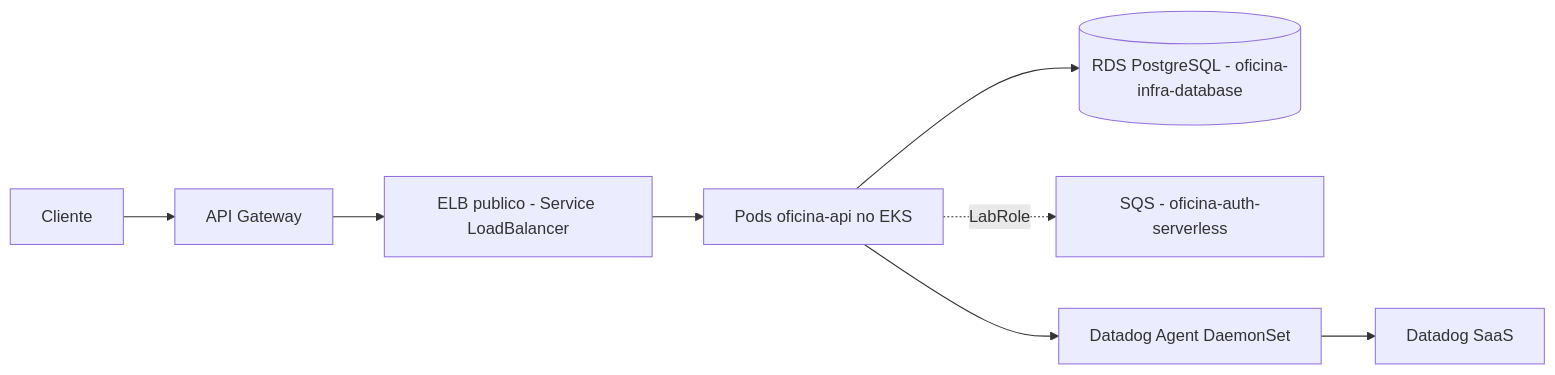
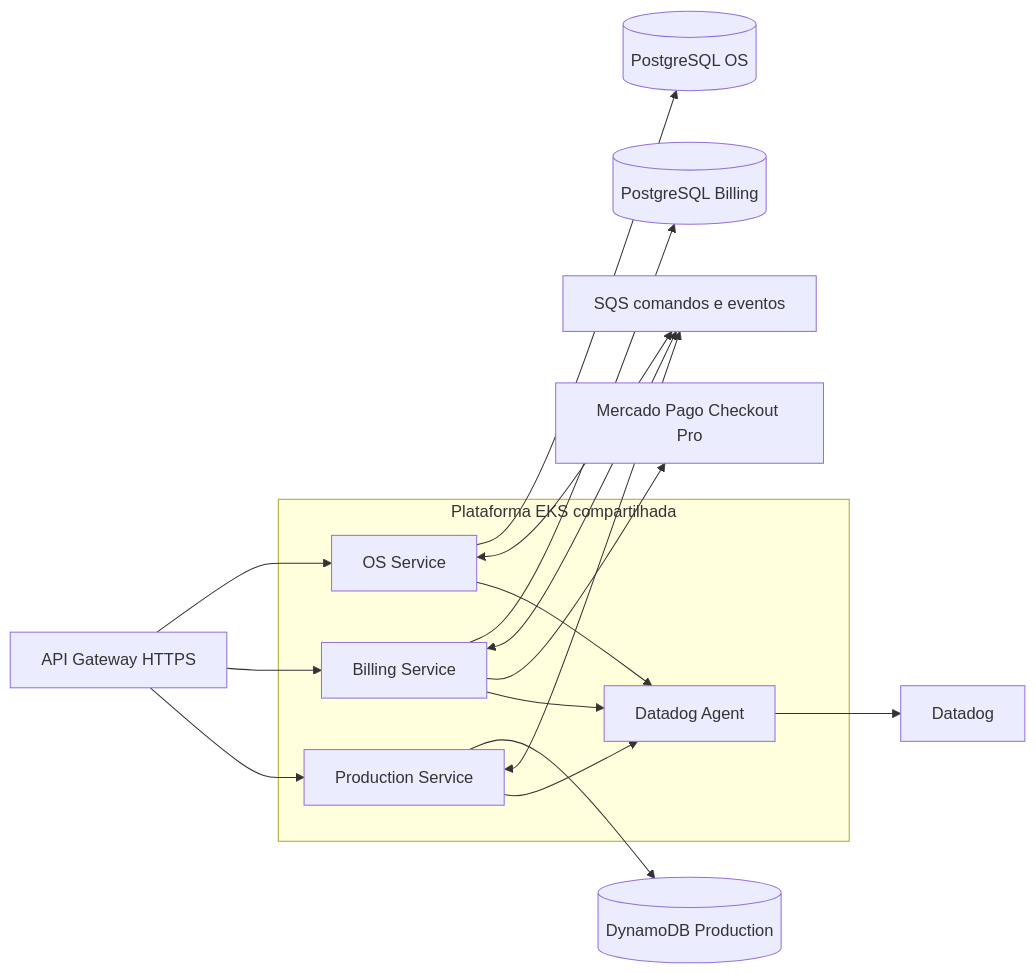
Before and after one commit to christochula/oficina-infra-kubernetes: the diagram in README.md, drawn with Mermaid. The commit also changed other lines of this file and 48 other files, not shown here.

First line of the commit message:
Fase 4: plataforma portável e Datadog sem duplicar recursos existentes (#30)

````diff
--- a/README.md
+++ b/README.md
@@ -83,10 +14,23 @@
 ```mermaid
 flowchart LR
-  Client[Cliente] --> APIGW[API Gateway]
-  APIGW --> LB[ELB publico - Service LoadBalancer]
-  LB --> Pods[Pods oficina-api no EKS]
-  Pods --> RDS[(RDS PostgreSQL - oficina-infra-database)]
-  Pods -. LabRole .-> SQS[SQS - oficina-auth-serverless]
-  Pods --> DDA[Datadog Agent DaemonSet]
-  DDA --> DD[Datadog SaaS]
+  Gateway[API Gateway HTTPS] --> OS[OS Service]
+  Gateway --> Billing[Billing Service]
+  Gateway --> Production[Production Service]
+  subgraph EKS[Plataforma EKS compartilhada]
+    OS
+    Billing
+    Production
+    Agent[Datadog Agent]
+  end
+  OS --> SQLos[(PostgreSQL OS)]
+  Billing --> SQLbilling[(PostgreSQL Billing)]
+  Production --> NoSQL[(DynamoDB Production)]
+  OS <--> SQS[SQS comandos e eventos]
+  Billing <--> SQS
+  Production <--> SQS
+  Billing --> MP[Mercado Pago Checkout Pro]
+  OS --> Agent
+  Billing --> Agent
+  Production --> Agent
+  Agent --> DD[Datadog]
 ```
````
